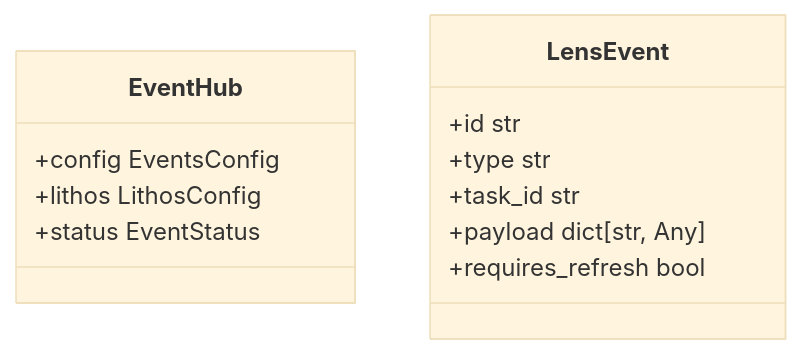
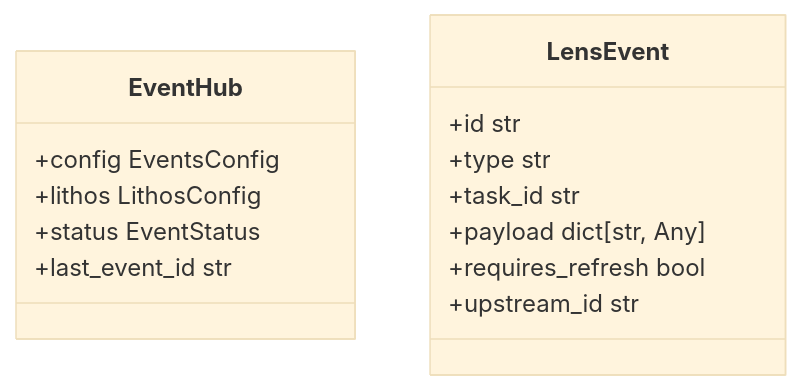
Before and after one commit to agent-lore/lithos-lens: the first of 6 diagrams in docs/generated/domain_model.md, drawn with Mermaid (base theme). The commit also changed 13 other files, not shown here.

````diff
--- a/docs/generated/domain_model.md
+++ b/docs/generated/domain_model.md
@@ -8,15 +8,17 @@
 ```mermaid
 classDiagram
   class EventHub {
     +config EventsConfig
     +lithos LithosConfig
     +status EventStatus
+    +last_event_id str
   }
   class LensEvent {
     +id str
     +type str
     +task_id str
     +payload dict[str, Any]
     +requires_refresh bool
+    +upstream_id str
   }
 ```
````
